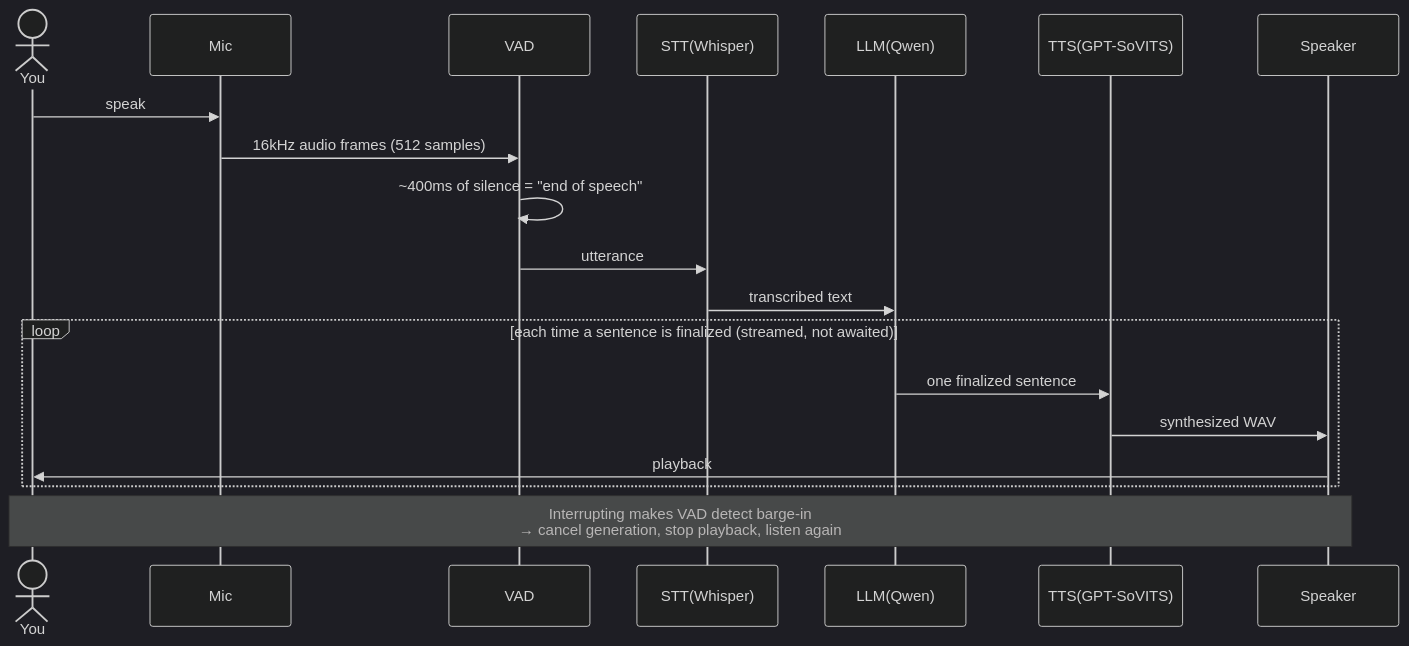
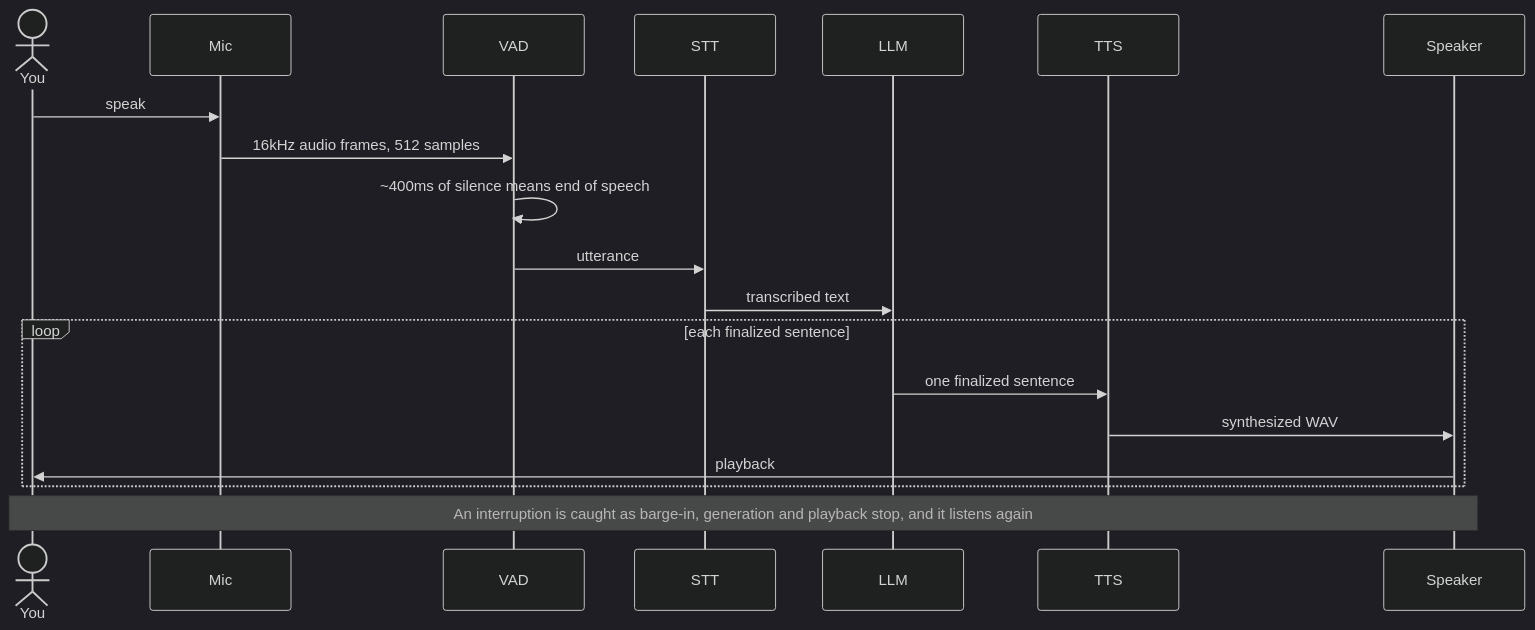
The second of 2 diagrams in README.en.md (4ltena/kotoha), drawn with Mermaid (dark theme) before and after one commit. The commit also changed other lines of this file and 1 other file, not shown here.

````diff
--- a/README.en.md
+++ b/README.en.md
@@ -50,22 +43,21 @@
 ```mermaid
 sequenceDiagram
     actor U as You
     participant M as Mic
     participant V as VAD
-    participant S as STT(Whisper)
-    participant L as LLM(Qwen)
-    participant T as TTS(GPT-SoVITS)
+    participant S as STT
+    participant L as LLM
+    participant T as TTS
     participant P as Speaker
-
     U->>M: speak
-    M->>V: 16kHz audio frames (512 samples)
-    V->>V: ~400ms of silence = "end of speech"
+    M->>V: 16kHz audio frames, 512 samples
+    V->>V: ~400ms of silence means end of speech
     V->>S: utterance
     S->>L: transcribed text
-    loop each time a sentence is finalized (streamed, not awaited)
+    loop each finalized sentence
         L->>T: one finalized sentence
         T->>P: synthesized WAV
         P->>U: playback
     end
-    Note over U,P: Interrupting makes VAD detect barge-in<br/>→ cancel generation, stop playback, listen again
+    Note over U,P: An interruption is caught as barge-in, generation and playback stop, and it listens again
 ```
````
